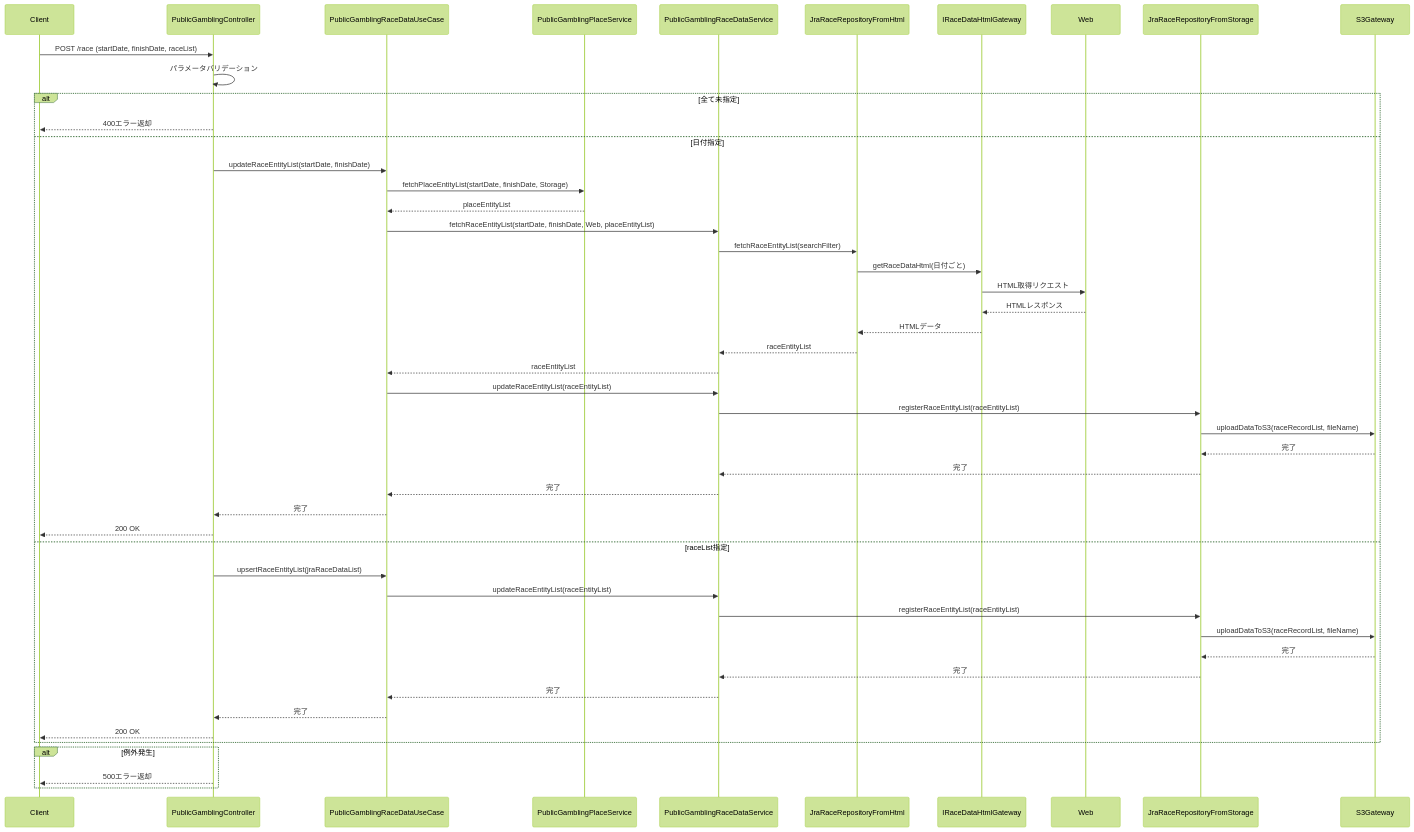
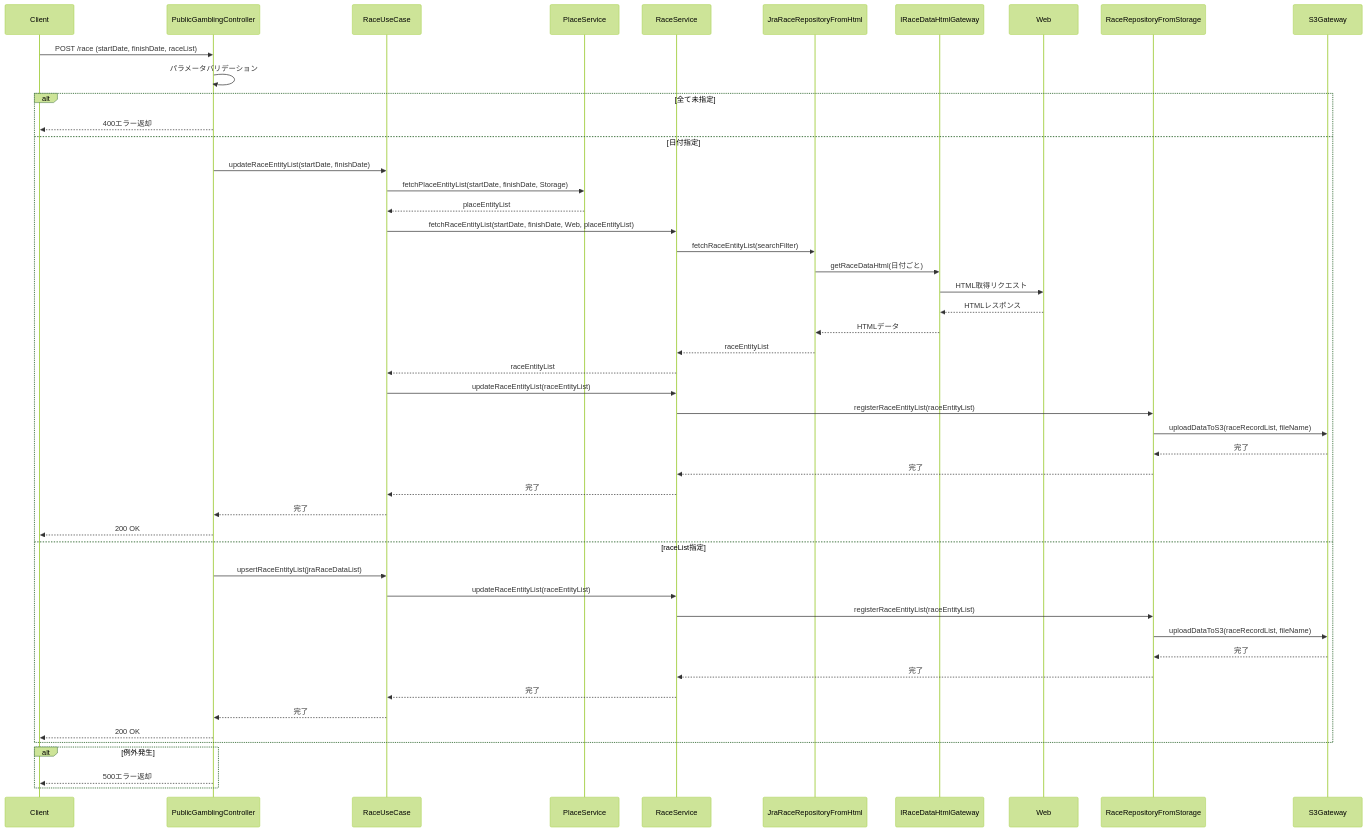
One commit to taichi6930/race-schedule-api changed the diagram in document/detail-design/sequence/publicGambling/updateRaceEntityList.md. Above: the diagram before and after it, drawn with Mermaid (forest theme). The commit also changed 26 other files, not shown here.

````diff
--- a/document/detail-design/sequence/publicGambling/updateRaceEntityList.md
+++ b/document/detail-design/sequence/publicGambling/updateRaceEntityList.md
@@ -3,52 +3,52 @@
 ```mermaid
 sequenceDiagram
     participant Client
     participant PublicGamblingController
-    participant PublicGamblingRaceDataUseCase
-    participant PublicGamblingPlaceService
-    participant PublicGamblingRaceDataService
+    participant RaceUseCase
+    participant PlaceService
+    participant RaceService
     participant JraRaceRepositoryFromHtml
     participant IRaceDataHtmlGateway
     participant Web
-    participant JraRaceRepositoryFromStorage
+    participant RaceRepositoryFromStorage
     participant S3Gateway
 
     Client->>PublicGamblingController: POST /race (startDate, finishDate, raceList)
     PublicGamblingController->>PublicGamblingController: パラメータバリデーション
     alt 全て未指定
         PublicGamblingController-->>Client: 400エラー返却
     else 日付指定
-        PublicGamblingController->>PublicGamblingRaceDataUseCase: updateRaceEntityList(startDate, finishDate)
-        PublicGamblingRaceDataUseCase->>PublicGamblingPlaceService: fetchPlaceEntityList(startDate, finishDate, Storage)
-        PublicGamblingPlaceService-->>PublicGamblingRaceDataUseCase: placeEntityList
-        PublicGamblingRaceDataUseCase->>PublicGamblingRaceDataService: fetchRaceEntityList(startDate, finishDate, Web, placeEntityList)
-        PublicGamblingRaceDataService->>JraRaceRepositoryFromHtml: fetchRaceEntityList(searchFilter)
+        PublicGamblingController->>RaceUseCase: updateRaceEntityList(startDate, finishDate)
+        RaceUseCase->>PlaceService: fetchPlaceEntityList(startDate, finishDate, Storage)
+        PlaceService-->>RaceUseCase: placeEntityList
+        RaceUseCase->>RaceService: fetchRaceEntityList(startDate, finishDate, Web, placeEntityList)
+        RaceService->>JraRaceRepositoryFromHtml: fetchRaceEntityList(searchFilter)
         JraRaceRepositoryFromHtml->>IRaceDataHtmlGateway: getRaceDataHtml(日付ごと)
         IRaceDataHtmlGateway->>Web: HTML取得リクエスト
         Web-->>IRaceDataHtmlGateway: HTMLレスポンス
         IRaceDataHtmlGateway-->>JraRaceRepositoryFromHtml: HTMLデータ
-        JraRaceRepositoryFromHtml-->>PublicGamblingRaceDataService: raceEntityList
-        PublicGamblingRaceDataService-->>PublicGamblingRaceDataUseCase: raceEntityList
-        PublicGamblingRaceDataUseCase->>PublicGamblingRaceDataService: updateRaceEntityList(raceEntityList)
-        PublicGamblingRaceDataService->>JraRaceRepositoryFromStorage: registerRaceEntityList(raceEntityList)
-        JraRaceRepositoryFromStorage->>S3Gateway: uploadDataToS3(raceRecordList, fileName)
-        S3Gateway-->>JraRaceRepositoryFromStorage: 完了
-        JraRaceRepositoryFromStorage-->>PublicGamblingRaceDataService: 完了
-        PublicGamblingRaceDataService-->>PublicGamblingRaceDataUseCase: 完了
-        PublicGamblingRaceDataUseCase-->>PublicGamblingController: 完了
+        JraRaceRepositoryFromHtml-->>RaceService: raceEntityList
+        RaceService-->>RaceUseCase: raceEntityList
+        RaceUseCase->>RaceService: updateRaceEntityList(raceEntityList)
+        RaceService->>RaceRepositoryFromStorage: registerRaceEntityList(raceEntityList)
+        RaceRepositoryFromStorage->>S3Gateway: uploadDataToS3(raceRecordList, fileName)
+        S3Gateway-->>RaceRepositoryFromStorage: 完了
+        RaceRepositoryFromStorage-->>RaceService: 完了
+        RaceService-->>RaceUseCase: 完了
+        RaceUseCase-->>PublicGamblingController: 完了
         PublicGamblingController-->>Client: 200 OK
     else raceList指定
-        PublicGamblingController->>PublicGamblingRaceDataUseCase: upsertRaceEntityList(jraRaceDataList)
-        PublicGamblingRaceDataUseCase->>PublicGamblingRaceDataService: updateRaceEntityList(raceEntityList)
-        PublicGamblingRaceDataService->>JraRaceRepositoryFromStorage: registerRaceEntityList(raceEntityList)
-        JraRaceRepositoryFromStorage->>S3Gateway: uploadDataToS3(raceRecordList, fileName)
-        S3Gateway-->>JraRaceRepositoryFromStorage: 完了
-        JraRaceRepositoryFromStorage-->>PublicGamblingRaceDataService: 完了
-        PublicGamblingRaceDataService-->>PublicGamblingRaceDataUseCase: 完了
-        PublicGamblingRaceDataUseCase-->>PublicGamblingController: 完了
+        PublicGamblingController->>RaceUseCase: upsertRaceEntityList(jraRaceDataList)
+        RaceUseCase->>RaceService: updateRaceEntityList(raceEntityList)
+        RaceService->>RaceRepositoryFromStorage: registerRaceEntityList(raceEntityList)
+        RaceRepositoryFromStorage->>S3Gateway: uploadDataToS3(raceRecordList, fileName)
+        S3Gateway-->>RaceRepositoryFromStorage: 完了
+        RaceRepositoryFromStorage-->>RaceService: 完了
+        RaceService-->>RaceUseCase: 完了
+        RaceUseCase-->>PublicGamblingController: 完了
         PublicGamblingController-->>Client: 200 OK
     end
     alt 例外発生
         PublicGamblingController-->>Client: 500エラー返却
     end
 ```
````
